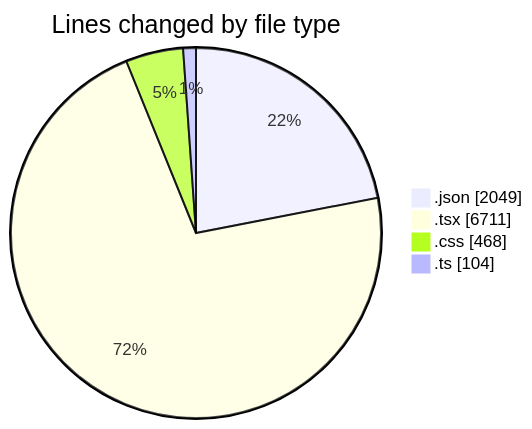
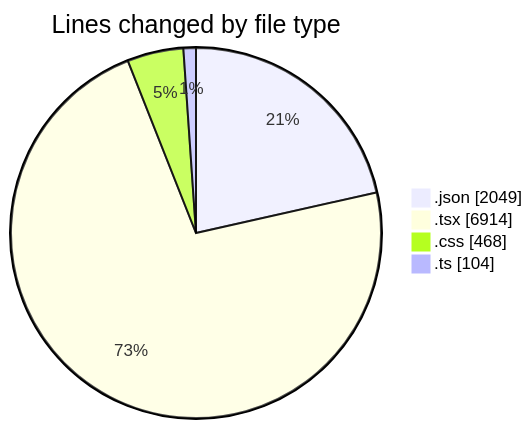
Before and after one commit to EIIisD/code-tracking: the first of 2 diagrams in 2025-08-14/ribbon/README.md, drawn with Mermaid. The commit also changed other lines of this file and 1 other file, not shown here.

````diff
--- a/2025-08-14/ribbon/README.md
+++ b/2025-08-14/ribbon/README.md
@@ -29,8 +29,8 @@
 ```mermaid
 pie showData
 title Lines changed by file type
 ".json" : 2049
-".tsx" : 6711
+".tsx" : 6914
 ".css" : 468
 ".ts" : 104
 ```
````
